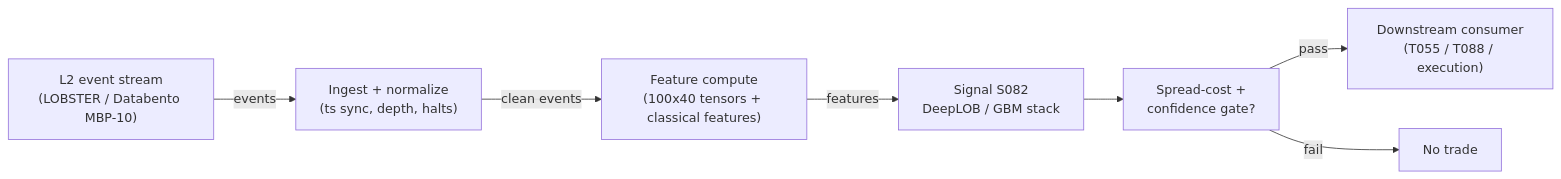
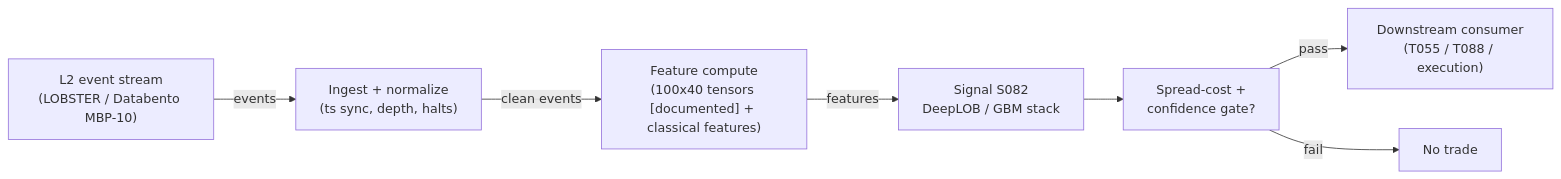
Before and after one commit to praveenguptahcl/quant-signals-deep: the diagram in modules/signals/S082.md, drawn with Mermaid. The commit also changed other lines of this file and 102 other files, not shown here.

````diff
--- a/modules/signals/S082.md
+++ b/modules/signals/S082.md
@@ -375,9 +515,9 @@
 ```mermaid
 flowchart LR
     FEED["L2 event stream<br/>(LOBSTER / Databento MBP-10)"] -->|events| ING["Ingest + normalize<br/>(ts sync, depth, halts)"]
-    ING -->|clean events| FEAT["Feature compute<br/>(100x40 tensors + classical features)"]
+    ING -->|clean events| FEAT["Feature compute<br/>(100x40 tensors [documented] + classical features)"]
     FEAT -->|features| SIG["Signal S082<br/>DeepLOB / GBM stack"]
     SIG --> GATE["Spread-cost +<br/>confidence gate?"]
     GATE -->|pass| OUT["Downstream consumer<br/>(T055 / T088 / execution)"]
     GATE -->|fail| DROP["No trade"]
 ```
````
